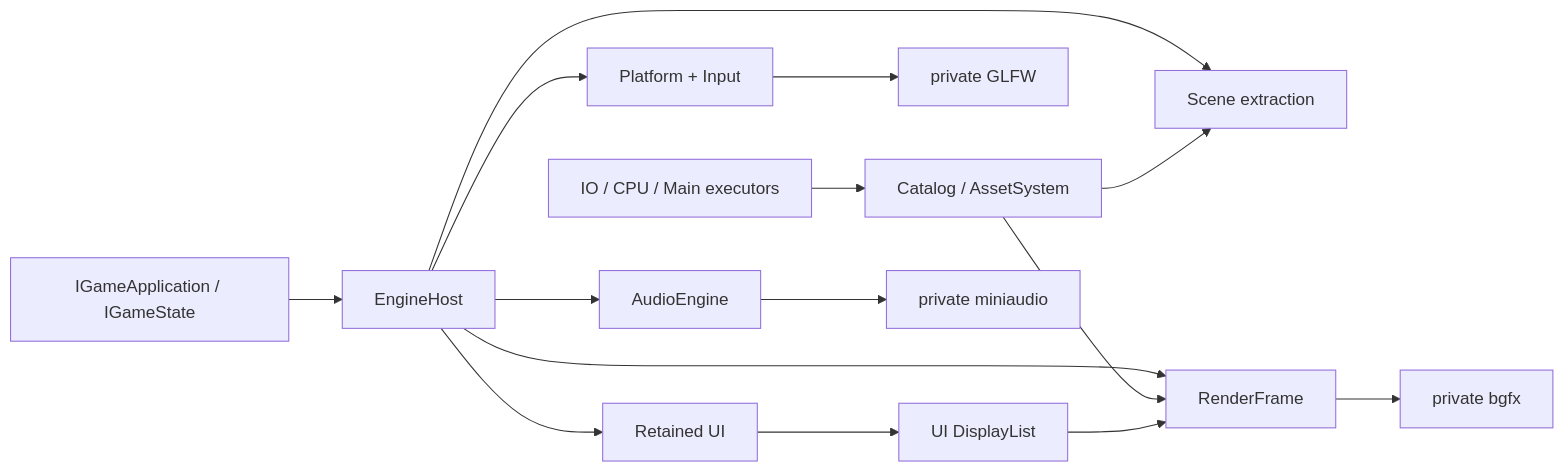
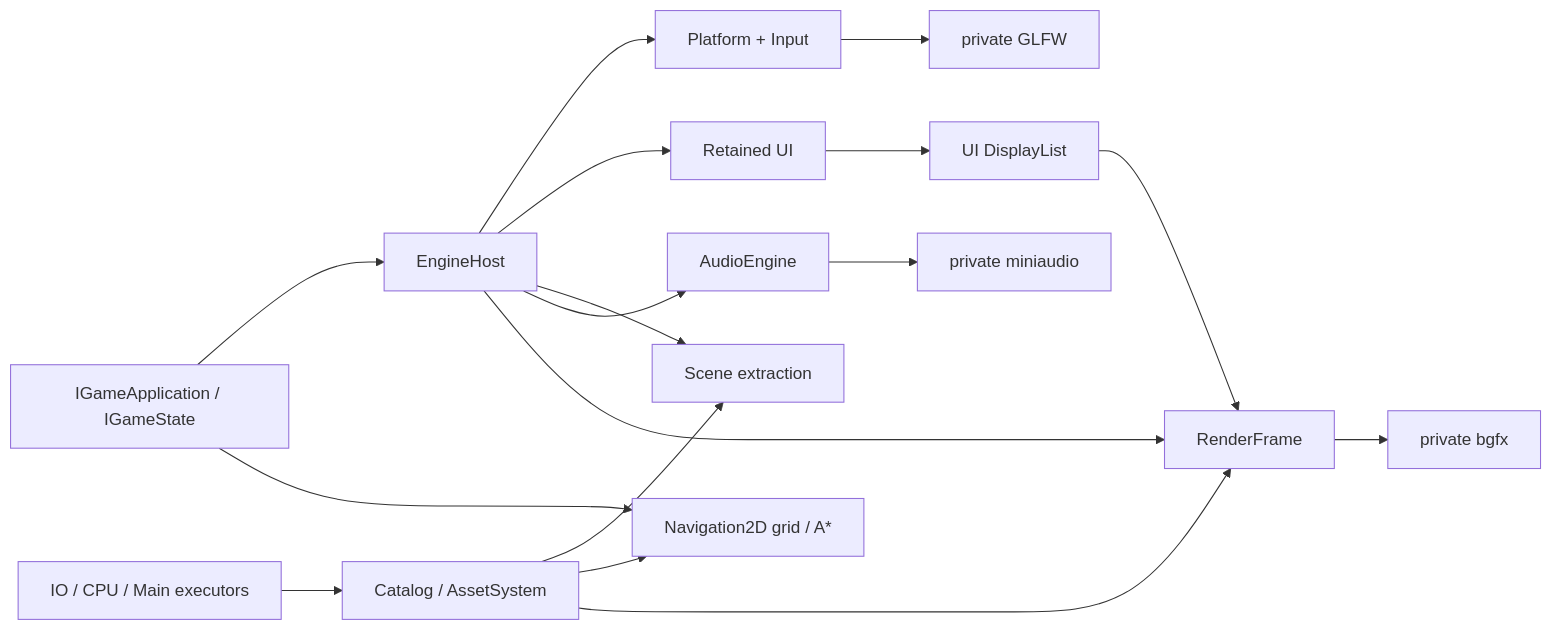
The diagram in docs/design.md (wuxianggujun/Tina), drawn with Mermaid before and after one commit. The commit also changed other lines of this file and 44 other files, not shown here.

````diff
--- a/docs/design.md
+++ b/docs/design.md
@@ -36,17 +36,19 @@
 ```mermaid
 flowchart LR
     Game["IGameApplication / IGameState"] --> Runtime["EngineHost"]
     Runtime --> Platform["Platform + Input"]
     Runtime --> UI["Retained UI"]
     Runtime --> Scene["Scene extraction"]
+    Game --> Navigation["Navigation2D grid / A*"]
     Runtime --> Audio["AudioEngine"]
     Runtime --> Render["RenderFrame"]
     Assets["Catalog / AssetSystem"] --> Scene
+    Assets --> Navigation
     Assets --> Render
     Task["IO / CPU / Main executors"] --> Assets
     Platform --> Glfw["private GLFW"]
     UI --> Display["UI DisplayList"]
     Display --> Render
     Render --> Bgfx["private bgfx"]
     Audio --> Mini["private miniaudio"]
 ```
````
